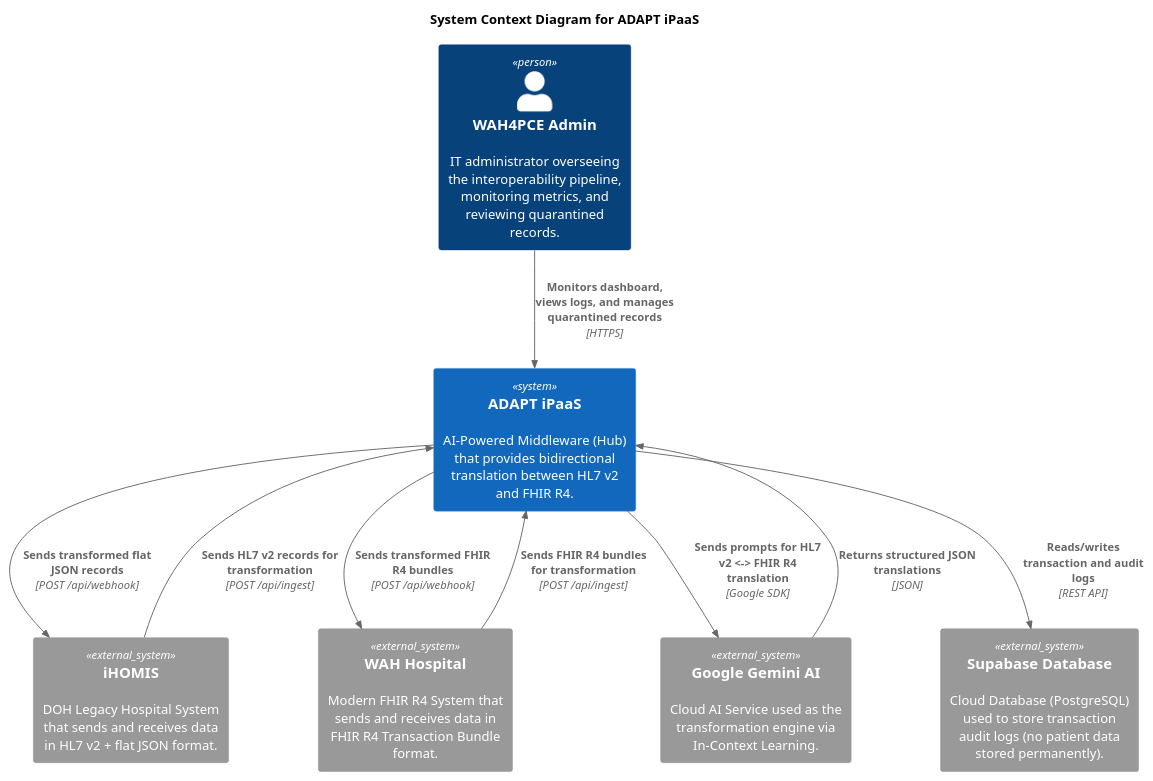
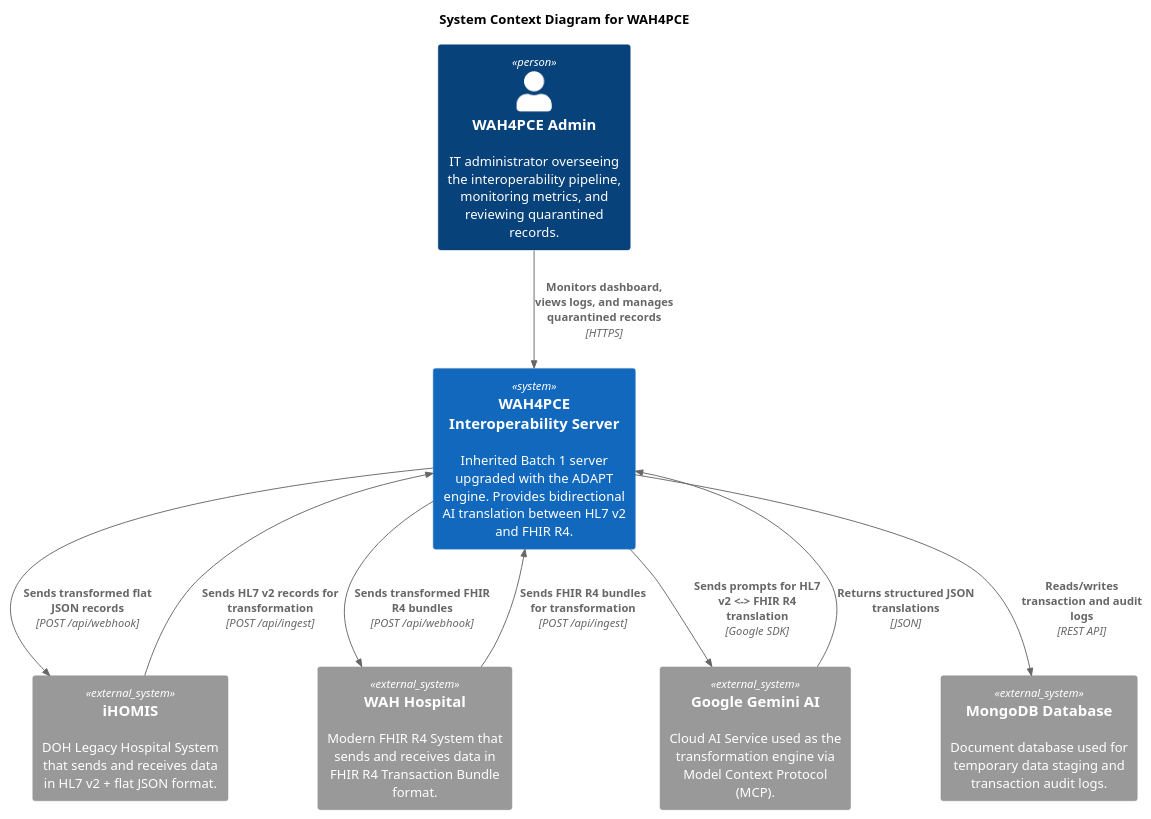
Before and after one commit to Vince0028/WAH4PCE-MERGE-CONFLICT: the diagram in diagrams/systems/adapt_ipaas_system.puml, drawn with PlantUML. The commit also changed 1 other file, not shown here.

Commit message:
docs: add C4 system context and container diagrams for ADAPT iPaaS architecture

```diff
--- a/diagrams/systems/adapt_ipaas_system.puml
+++ b/diagrams/systems/adapt_ipaas_system.puml
@@ -1,33 +1,33 @@
 @startuml ADAPT_iPaaS_System_Context
 !include https://raw.githubusercontent.com/plantuml-stdlib/C4-PlantUML/master/C4_Context.puml
 
 'Diagram Title
-title System Context Diagram for ADAPT iPaaS
+title System Context Diagram for WAH4PCE
 
 'Actors
 Person(admin, "WAH4PCE Admin", "IT administrator overseeing the interoperability pipeline, monitoring metrics, and reviewing quarantined records.")
 
 'The Main System
-System(adapt_ipaas, "ADAPT iPaaS", "AI-Powered Middleware (Hub) that provides bidirectional translation between HL7 v2 and FHIR R4.")
+System(adapt_ipaas, "WAH4PCE Interoperability Server", "Inherited Batch 1 server upgraded with the ADAPT engine. Provides bidirectional AI translation between HL7 v2 and FHIR R4.")
 
 'External Systems
 System_Ext(ihomis, "iHOMIS", "DOH Legacy Hospital System that sends and receives data in HL7 v2 + flat JSON format.")
 System_Ext(wah_hospital, "WAH Hospital", "Modern FHIR R4 System that sends and receives data in FHIR R4 Transaction Bundle format.")
-System_Ext(gemini, "Google Gemini AI", "Cloud AI Service used as the transformation engine via In-Context Learning.")
-System_Ext(supabase, "Supabase Database", "Cloud Database (PostgreSQL) used to store transaction audit logs (no patient data stored permanently).")
+System_Ext(gemini, "Google Gemini AI", "Cloud AI Service used as the transformation engine via Model Context Protocol (MCP).")
+System_Ext(supabase, "MongoDB Database", "Document database used for temporary data staging and transaction audit logs.")
 
 'Relationships/ Interactions
 Rel(admin, adapt_ipaas, "Monitors dashboard, views logs, and manages quarantined records", "HTTPS")
 
 Rel(ihomis, adapt_ipaas, "Sends HL7 v2 records for transformation", "POST /api/ingest")
 Rel(adapt_ipaas, ihomis, "Sends transformed flat JSON records", "POST /api/webhook")
 
 Rel(wah_hospital, adapt_ipaas, "Sends FHIR R4 bundles for transformation", "POST /api/ingest")
 Rel(adapt_ipaas, wah_hospital, "Sends transformed FHIR R4 bundles", "POST /api/webhook")
 
 Rel(adapt_ipaas, gemini, "Sends prompts for HL7 v2 <-> FHIR R4 translation", "Google SDK")
 Rel(gemini, adapt_ipaas, "Returns structured JSON translations", "JSON")
 
 Rel(adapt_ipaas, supabase, "Reads/writes transaction and audit logs", "REST API")
 
 @enduml
```
